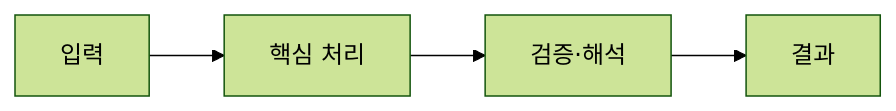
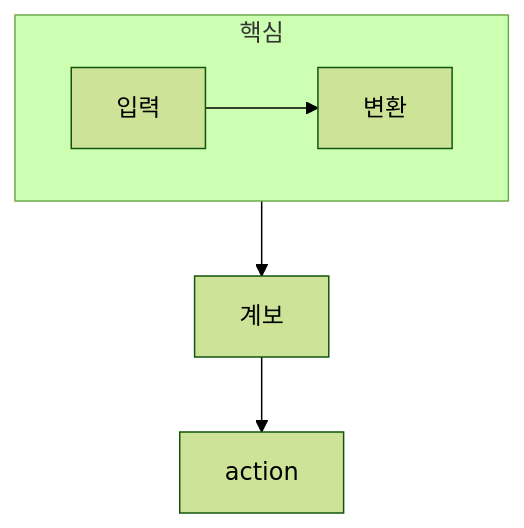
Before and after one commit to umyunsang/edu: the diagram in ComputerScience/03_ai-ml-data/big-data-analysis/notes/04-2. Spark RDD와 워크플로.md, drawn with Mermaid (forest theme). The commit also changed other lines of this file and 9 other files, not shown here.

````diff
--- a/ComputerScience/03_ai-ml-data/big-data-analysis/notes/04-2. Spark RDD와 워크플로.md
+++ b/ComputerScience/03_ai-ml-data/big-data-analysis/notes/04-2. Spark RDD와 워크플로.md
@@ -34,6 +21,9 @@
 ```mermaid
-flowchart LR
-    A["입력"] --> B["핵심 처리"]
-    B --> C["검증·해석"]
-    C --> D["결과"]
+flowchart TB
+    subgraph Core[핵심]
+        direction LR
+        A[입력] --> B[변환]
+    end
+    B --> C[계보]
+    C --> D[action]
 ```
````
